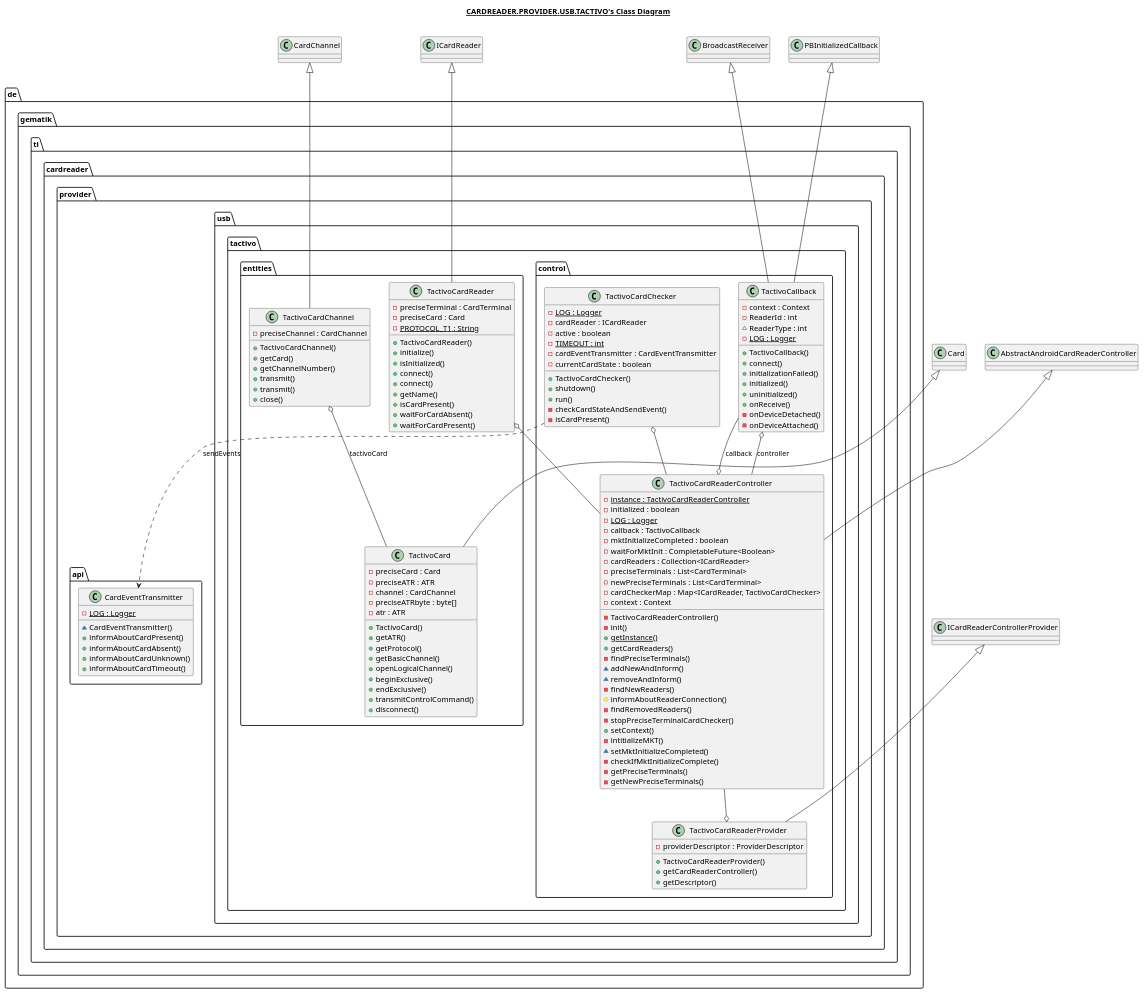
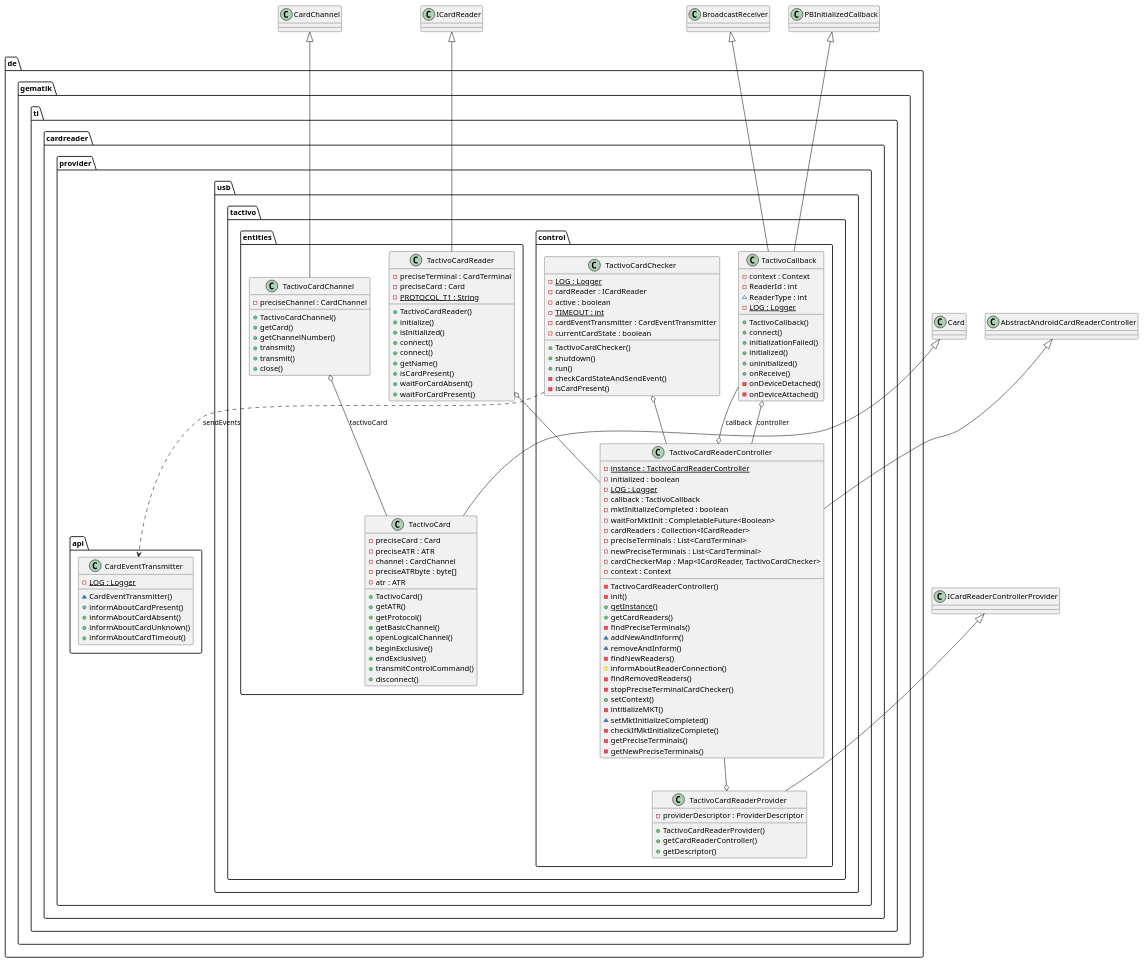
Before and after one commit to gematik/ref-CardReaderProvider-USB-Tactivo-Android: the diagram in cardreader.provider.usb.tactivo/doc/plantuml/UTACCRP/overview.plantuml, drawn with PlantUML. The commit also changed 7 other files, not shown here.

```diff
--- a/cardreader.provider.usb.tactivo/doc/plantuml/UTACCRP/overview.plantuml
+++ b/cardreader.provider.usb.tactivo/doc/plantuml/UTACCRP/overview.plantuml
@@ -1,173 +1,171 @@
 @startuml
-
-title __CARDREADER.PROVIDER.USB.TACTIVO's Class Diagram__\n
 
   package de.gematik.ti.cardreader.provider.usb.tactivo {
     package de.gematik.ti.cardreader.provider.usb.tactivo.control {
       class TactivoCallback {
           - context : Context
           - ReaderId : int
           ~ ReaderType : int
           {static} - LOG : Logger
           + TactivoCallback()
           + connect()
           + initializationFailed()
           + initialized()
           + uninitialized()
           + onReceive()
           - onDeviceDetached()
           - onDeviceAttached()
       }
     }
   }
   
 
   package de.gematik.ti.cardreader.provider.usb.tactivo {
      package de.gematik.ti.cardreader.provider.usb.tactivo.control {
        class TactivoCardReaderController {
            {static} - instance : TactivoCardReaderController
            - initialized : boolean
            {static} - LOG : Logger
            - callback : TactivoCallback
            - mktInitializeCompleted : boolean
            - waitForMktInit : CompletableFuture<Boolean>
            - cardReaders : Collection<ICardReader>
            - preciseTerminals : List<CardTerminal>
            - newPreciseTerminals : List<CardTerminal>
            - cardCheckerMap : Map<ICardReader, TactivoCardChecker>
            - context : Context
            - TactivoCardReaderController()
            - init()
            {static} + getInstance()
            + getCardReaders()
            - findPreciseTerminals()
            ~ addNewAndInform()
            ~ removeAndInform()
            - findNewReaders()
            # informAboutReaderConnection()
            - findRemovedReaders()
            - stopPreciseTerminalCardChecker()
            + setContext()
            - intitializeMKT()
            ~ setMktInitializeCompleted()
            - checkIfMktInitializeComplete()
            - getPreciseTerminals()
            - getNewPreciseTerminals()
        }
      }
    }
 
 
     package de.gematik.ti.cardreader.provider.api {
         class CardEventTransmitter {
             {static} - LOG : Logger
             ~ CardEventTransmitter()
             + informAboutCardPresent()
             + informAboutCardAbsent()
             + informAboutCardUnknown()
             + informAboutCardTimeout()
         }
       }
 
 
   package de.gematik.ti.cardreader.provider.usb.tactivo {
     package de.gematik.ti.cardreader.provider.usb.tactivo.control {
       class TactivoCardReaderProvider {
           - providerDescriptor : ProviderDescriptor
           + TactivoCardReaderProvider()
           + getCardReaderController()
           + getDescriptor()
       }
     }
   }
 
   package de.gematik.ti.cardreader.provider.usb.tactivo {
       package de.gematik.ti.cardreader.provider.usb.tactivo.entities {
         class TactivoCard {
             - preciseCard : Card
             - preciseATR : ATR
             - channel : CardChannel
             - preciseATRbyte : byte[]
             - atr : ATR
             + TactivoCard()
             + getATR()
             + getProtocol()
             + getBasicChannel()
             + openLogicalChannel()
             + beginExclusive()
             + endExclusive()
             + transmitControlCommand()
             + disconnect()
         }
       }
     }
 
 
     package de.gematik.ti.cardreader.provider.usb.tactivo {
       package de.gematik.ti.cardreader.provider.usb.tactivo.entities {
         class TactivoCardChannel {
             - preciseChannel : CardChannel
             + TactivoCardChannel()
             + getCard()
             + getChannelNumber()
             + transmit()
             + transmit()
             + close()
         }
       }
     }
 
 
     package de.gematik.ti.cardreader.provider.usb.tactivo {
       package de.gematik.ti.cardreader.provider.usb.tactivo.entities {
         class TactivoCardReader {
             - preciseTerminal : CardTerminal
             - preciseCard : Card
             {static} - PROTOCOL_T1 : String
             + TactivoCardReader()
             + initialize()
             + isInitialized()
             + connect()
             + connect()
             + getName()
             + isCardPresent()
             + waitForCardAbsent()
             + waitForCardPresent()
         }
       }
     }
 
   package de.gematik.ti.cardreader.provider.usb.tactivo {
       package de.gematik.ti.cardreader.provider.usb.tactivo.control {
         class TactivoCardChecker {
             {static} - LOG : Logger
             - cardReader : ICardReader
             - active : boolean
             {static} - TIMEOUT : int
             - cardEventTransmitter : CardEventTransmitter
             - currentCardState : boolean
             + TactivoCardChecker()
             + shutdown()
             + run()
             - checkCardStateAndSendEvent()
             - isCardPresent()
         }
       }
     }
   
   TactivoCallback -up-|> PBInitializedCallback
   TactivoCallback -up-|> BroadcastReceiver
   TactivoCallback o-- TactivoCardReaderController : controller
   TactivoCardReaderController -up-|> AbstractAndroidCardReaderController
   TactivoCardReaderController o-- TactivoCallback : callback
   TactivoCardChecker o-- TactivoCardReaderController
   TactivoCardReader o-- TactivoCardReaderController
   TactivoCardChecker ..> CardEventTransmitter : sendEvents
   TactivoCardReaderController --o TactivoCardReaderProvider
   TactivoCardReaderProvider -up-|> ICardReaderControllerProvider
   TactivoCard -up-|> Card
   TactivoCardChannel -up-|> CardChannel
   TactivoCardChannel o-- TactivoCard : tactivoCard
   TactivoCardReader -up-|> ICardReader
 
 @enduml
```
